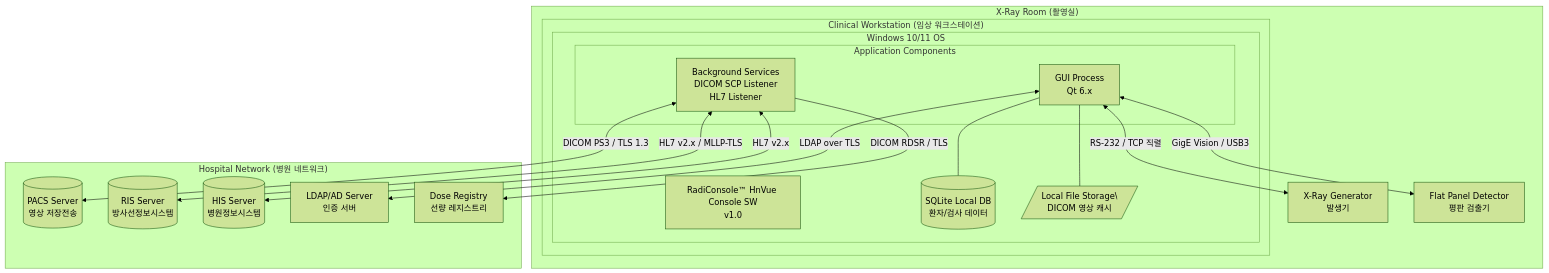
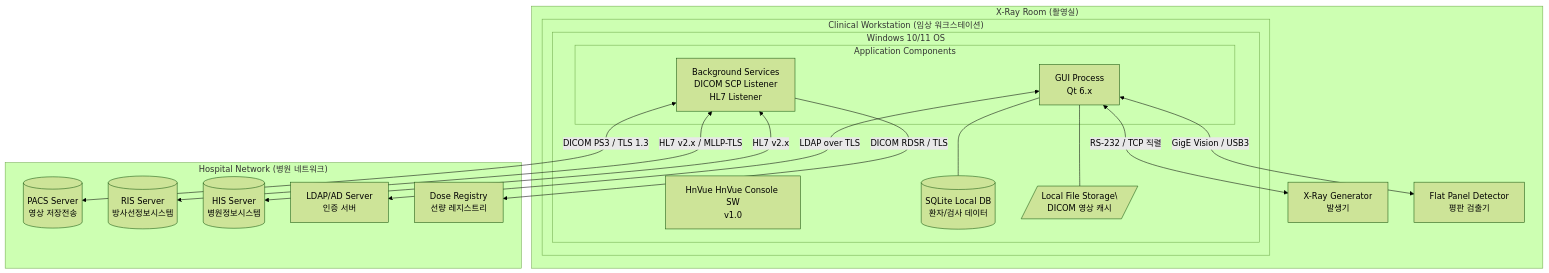
The fifth of 14 diagrams in docs/planning/DOC-006_SAD_v1.0.md (holee9/console-gui), drawn with Mermaid (forest theme) before and after one commit. The commit also changed other lines of this file and 34 other files, not shown here.

First line of the commit message:
fix: RadiConsole → HnVue 전체 일괄 변경 (35개 파일, 300건+)

````diff
--- a/docs/planning/DOC-006_SAD_v1.0.md
+++ b/docs/planning/DOC-006_SAD_v1.0.md
@@ -328,37 +328,37 @@
 ```mermaid
 graph TB
     subgraph "X-Ray Room (촬영실)"
         subgraph "Clinical Workstation (임상 워크스테이션)"
             subgraph "Windows 10/11 OS"
-                APP[RadiConsole™ HnVue Console SW<br/>v1.0]
+                APP[HnVue HnVue Console SW<br/>v1.0]
                 subgraph "Application Components"
                     APP_GUI[GUI Process<br/>Qt 6.x]
                     APP_SVC[Background Services<br/>DICOM SCP Listener<br/>HL7 Listener]
                 end
                 DB[(SQLite Local DB<br/>환자/검사 데이터)]
                 FS[/Local File Storage\<br/>DICOM 영상 캐시/]
             end
         end
 
         GEN[X-Ray Generator<br/>발생기]
         DET[Flat Panel Detector<br/>평판 검출기]
     end
 
     subgraph "Hospital Network (병원 네트워크)"
         PACS[(PACS Server<br/>영상 저장전송)]
         RIS[(RIS Server<br/>방사선정보시스템)]
         HIS[(HIS Server<br/>병원정보시스템)]
         LDAP_SRV[LDAP/AD Server<br/>인증 서버]
         DOSE_REG[Dose Registry<br/>선량 레지스트리]
     end
 
     APP_GUI <-->|RS-232 / TCP 직렬| GEN
     APP_GUI <-->|GigE Vision / USB3| DET
     APP_GUI --- DB
     APP_GUI --- FS
     APP_SVC <-->|DICOM PS3 / TLS 1.3| PACS
     APP_SVC <-->|HL7 v2.x / MLLP-TLS| RIS
     APP_SVC <-->|HL7 v2.x| HIS
     APP_GUI <-->|LDAP over TLS| LDAP_SRV
     APP_SVC -->|DICOM RDSR / TLS| DOSE_REG
 ```
````
